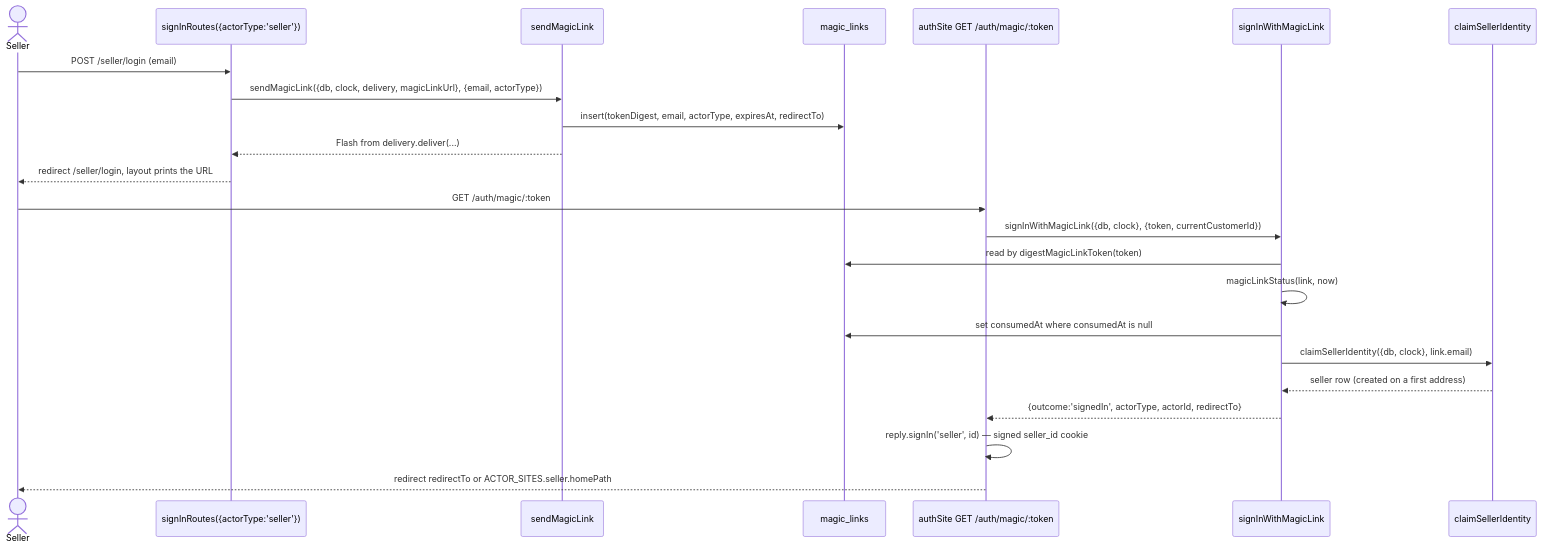
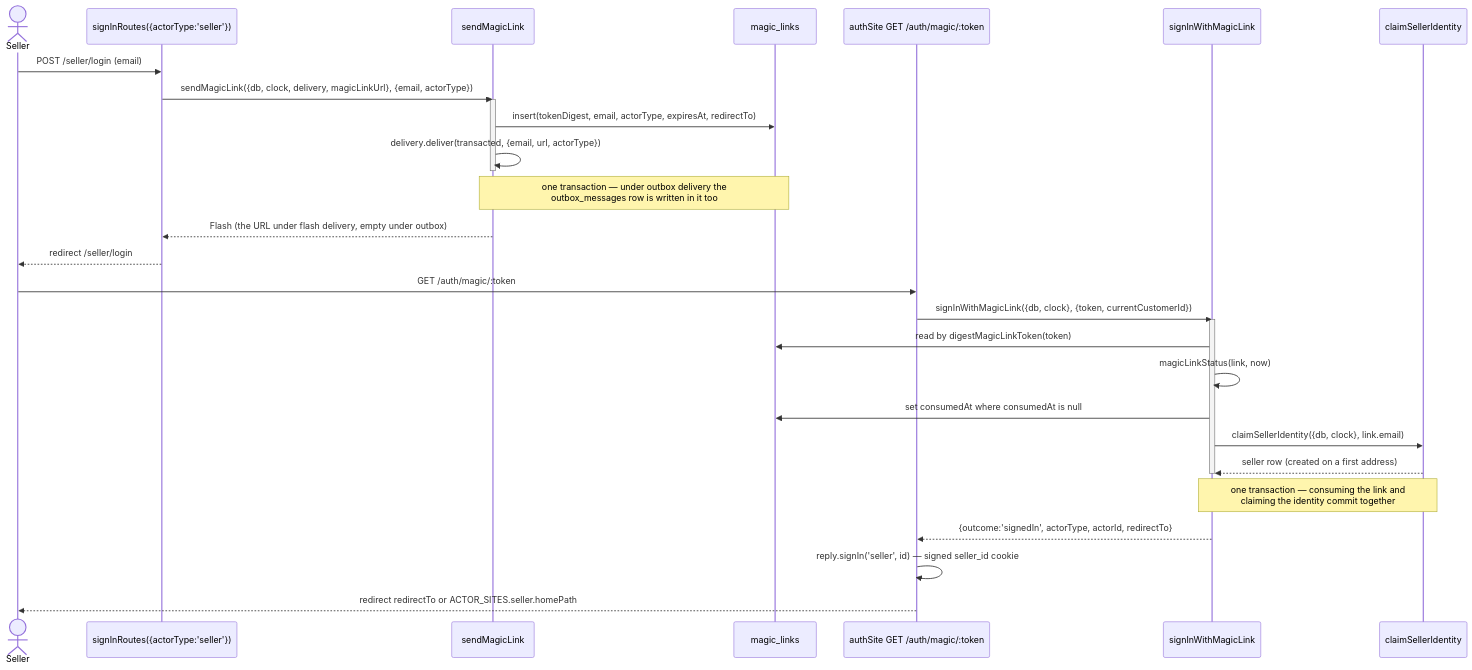
Before and after one commit to jonathan-beebe/art-store: the first of 3 diagrams in prototype/node/docs/identity.md, drawn with Mermaid. The commit also changed other lines of this file and 404 other files, not shown here.

First line of the commit message:
refactor[node]: doctrine sweep — node:sqlite, route schemas, transactions, outbox, SSE, production image [NO-TICKET] (#4)

````diff
--- a/prototype/node/docs/identity.md
+++ b/prototype/node/docs/identity.md
@@ -31,27 +31,34 @@
 ```mermaid
 sequenceDiagram
     actor Seller
     participant SignIn as signInRoutes({actorType:'seller'})
     participant Send as sendMagicLink
     participant MagicLinks as magic_links
     participant Auth as authSite GET /auth/magic/:token
     participant Verify as signInWithMagicLink
     participant Claim as claimSellerIdentity
 
     Seller->>SignIn: POST /seller/login (email)
     SignIn->>Send: sendMagicLink({db, clock, delivery, magicLinkUrl}, {email, actorType})
+    activate Send
     Send->>MagicLinks: insert(tokenDigest, email, actorType, expiresAt, redirectTo)
-    Send-->>SignIn: Flash from delivery.deliver(...)
-    SignIn-->>Seller: redirect /seller/login, layout prints the URL
+    Send->>Send: delivery.deliver(transacted, {email, url, actorType})
+    deactivate Send
+    Note over Send,MagicLinks: one transaction — under outbox delivery the<br/>outbox_messages row is written in it too
+    Send-->>SignIn: Flash (the URL under flash delivery, empty under outbox)
+    SignIn-->>Seller: redirect /seller/login
 
     Seller->>Auth: GET /auth/magic/:token
     Auth->>Verify: signInWithMagicLink({db, clock}, {token, currentCustomerId})
+    activate Verify
     Verify->>MagicLinks: read by digestMagicLinkToken(token)
     Verify->>Verify: magicLinkStatus(link, now)
     Verify->>MagicLinks: set consumedAt where consumedAt is null
     Verify->>Claim: claimSellerIdentity({db, clock}, link.email)
     Claim-->>Verify: seller row (created on a first address)
+    deactivate Verify
+    Note over Verify,Claim: one transaction — consuming the link and<br/>claiming the identity commit together
     Verify-->>Auth: {outcome:'signedIn', actorType, actorId, redirectTo}
     Auth->>Auth: reply.signIn('seller', id) — signed seller_id cookie
     Auth-->>Seller: redirect redirectTo or ACTOR_SITES.seller.homePath
 ```
````
